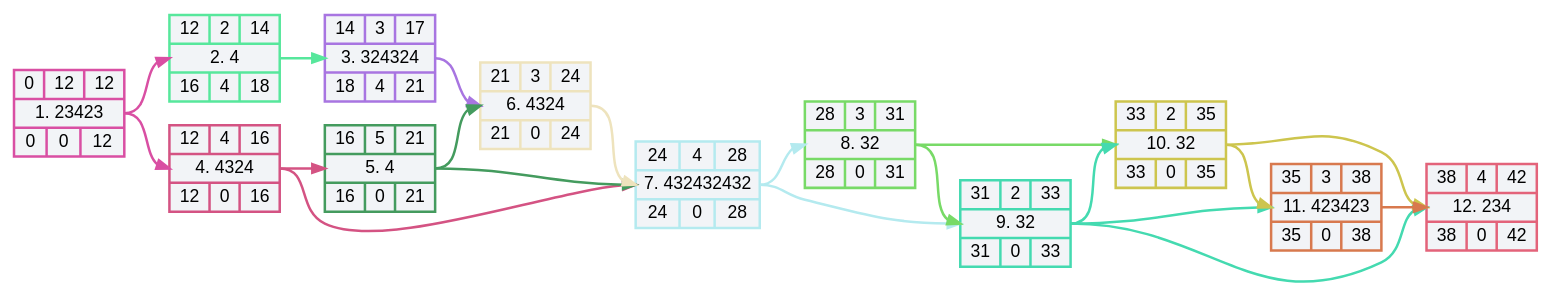
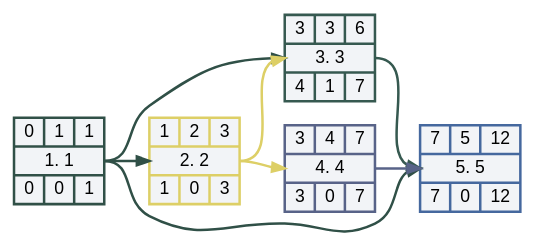
One commit to DVin-programmer/networkGraphics changed the diagram in files/NetworkGraph.gv. Above: the diagram before and after it, drawn with Graphviz. The commit also changed 14 other files, not shown here.

```diff
--- a/files/NetworkGraph.gv
+++ b/files/NetworkGraph.gv
@@ -1,41 +1,22 @@
-digraph NetworkGraph
-{
-   //graph [charset = "utf8"]
-   rankdir = LR
-   layout = dot
-   splines = spline
-   node [style = "filled, bold", fillcolor = "#f2f4f7", fontname = "Arial"]
-   edge [penwidth = 2]
-   v1 [fontname = "Arial",color = "#d94fa3", shape = record, label = "{ 0 | 12 | 12 } |  <mI1> 1. 23423 | {0 | 0 | 12 }"]
-   v2 [fontname = "Arial",color = "#57e79c", shape = record, label = "{ 12 | 2 | 14 } |  <mI2> 2. 4 | {16 | 4 | 18 }"]
-   v3 [fontname = "Arial",color = "#a875e1", shape = record, label = "{ 14 | 3 | 17 } |  <mI3> 3. 324324 | {18 | 4 | 21 }"]
-   v4 [fontname = "Arial",color = "#d45383", shape = record, label = "{ 12 | 4 | 16 } |  <mI4> 4. 4324 | {12 | 0 | 16 }"]
-   v5 [fontname = "Arial",color = "#449b5e", shape = record, label = "{ 16 | 5 | 21 } |  <mI5> 5. 4 | {16 | 0 | 21 }"]
-   v6 [fontname = "Arial",color = "#eee3bd", shape = record, label = "{ 21 | 3 | 24 } |  <mI6> 6. 4324 | {21 | 0 | 24 }"]
-   v7 [fontname = "Arial",color = "#b4eaef", shape = record, label = "{ 24 | 4 | 28 } |  <mI7> 7. 432432432 | {24 | 0 | 28 }"]
-   v8 [fontname = "Arial",color = "#78da67", shape = record, label = "{ 28 | 3 | 31 } |  <mI8> 8. 32 | {28 | 0 | 31 }"]
-   v9 [fontname = "Arial",color = "#44dab0", shape = record, label = "{ 31 | 2 | 33 } |  <mI9> 9. 32 | {31 | 0 | 33 }"]
-   v10 [fontname = "Arial",color = "#cdc54e", shape = record, label = "{ 33 | 2 | 35 } |  <mI10> 10. 32 | {33 | 0 | 35 }"]
-   v11 [fontname = "Arial",color = "#d8794e", shape = record, label = "{ 35 | 3 | 38 } |  <mI11> 11. 423423 | {35 | 0 | 38 }"]
-   v12 [fontname = "Arial",color = "#e3637a", shape = record, label = "{ 38 | 4 | 42 } |  <mI12> 12. 234 | {38 | 0 | 42 }"]
-   v9:<mI9> -> v11:<mI11> [color = "#44dab0"]
-   v8:<mI8> -> v10:<mI10> [color = "#78da67"]
-   v9:<mI9> -> v12:<mI12> [color = "#44dab0"]
-   v9:<mI9> -> v10:<mI10> [color = "#44dab0"]
-   v1:<mI1> -> v2:<mI2> [color = "#d94fa3"]
-   v2:<mI2> -> v3:<mI3> [color = "#57e79c"]
-   v1:<mI1> -> v4:<mI4> [color = "#d94fa3"]
-   v4:<mI4> -> v5:<mI5> [color = "#d45383"]
-   v3:<mI3> -> v6:<mI6> [color = "#a875e1"]
-   v5:<mI5> -> v6:<mI6> [color = "#449b5e"]
-   v5:<mI5> -> v7:<mI7> [color = "#449b5e"]
-   v6:<mI6> -> v7:<mI7> [color = "#eee3bd"]
-   v4:<mI4> -> v7:<mI7> [color = "#d45383"]
-   v7:<mI7> -> v8:<mI8> [color = "#b4eaef"]
-   v7:<mI7> -> v9:<mI9> [color = "#b4eaef"]
-   v8:<mI8> -> v9:<mI9> [color = "#78da67"]
-   v11:<mI11> -> v12:<mI12> [color = "#d8794e"]
-   v10:<mI10> -> v12:<mI12> [color = "#cdc54e"]
-   v10:<mI10> -> v11:<mI11> [color = "#cdc54e"]
+        digraph NetworkGraph
+        {
+           //graph [charset = "utf8"]
+           rankdir = LR
+           layout = dot
+           splines = spline
+           node [style = "filled, bold", fillcolor = "#f2f4f7", fontname = "Arial"]
+           edge [penwidth = 2]
+           v1 [fontname = "Arial",color = "#305047", shape = record, label = "{ 0 | 1 | 1 } |  <mI1> 1. 1 | {0 | 0 | 1 }"]
+   v2 [fontname = "Arial",color = "#ddcf66", shape = record, label = "{ 1 | 2 | 3 } |  <mI2> 2. 2 | {1 | 0 | 3 }"]
+   v3 [fontname = "Arial",color = "#365950", shape = record, label = "{ 3 | 3 | 6 } |  <mI3> 3. 3 | {4 | 1 | 7 }"]
+   v4 [fontname = "Arial",color = "#586388", shape = record, label = "{ 3 | 4 | 7 } |  <mI4> 4. 4 | {3 | 0 | 7 }"]
+   v5 [fontname = "Arial",color = "#45689e", shape = record, label = "{ 7 | 5 | 12 } |  <mI5> 5. 5 | {7 | 0 | 12 }"]
+   v1:<mI1> -> v2:<mI2> [color = "#305047"]
+   v2:<mI2> -> v3:<mI3> [color = "#ddcf66"]
+   v1:<mI1> -> v3:<mI3> [color = "#305047"]
+   v2:<mI2> -> v4:<mI4> [color = "#ddcf66"]
+   v1:<mI1> -> v5:<mI5> [color = "#305047"]
+   v3:<mI3> -> v5:<mI5> [color = "#365950"]
+   v4:<mI4> -> v5:<mI5> [color = "#586388"]
 
 }
```
